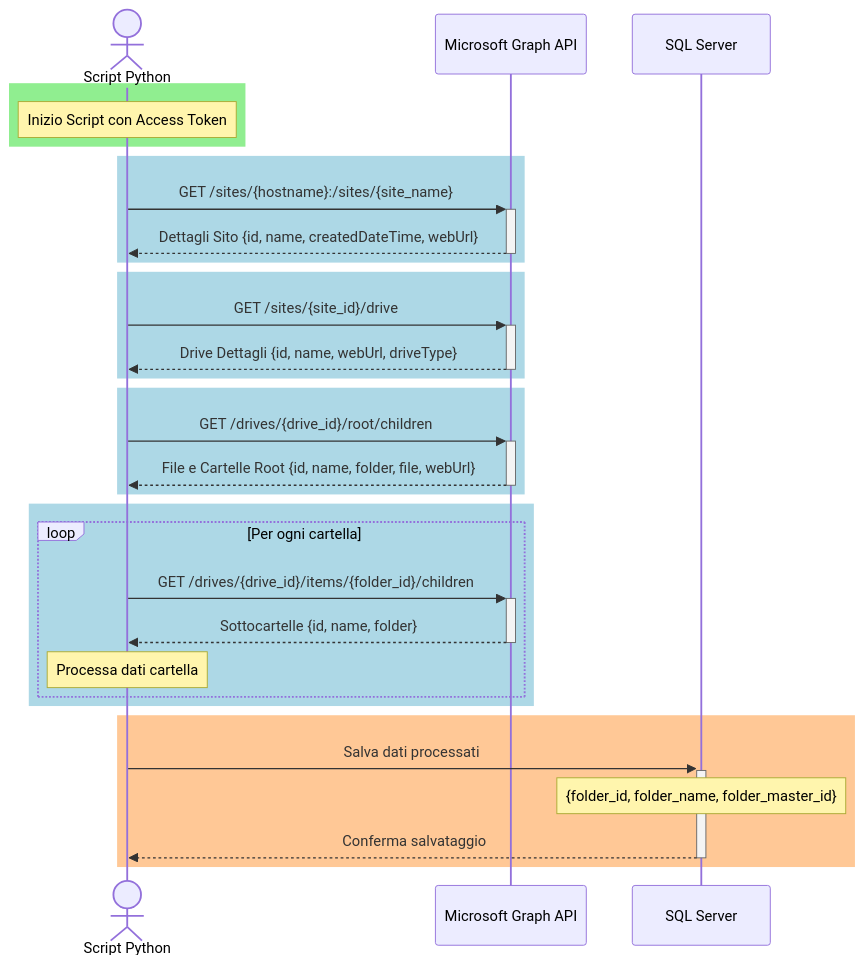
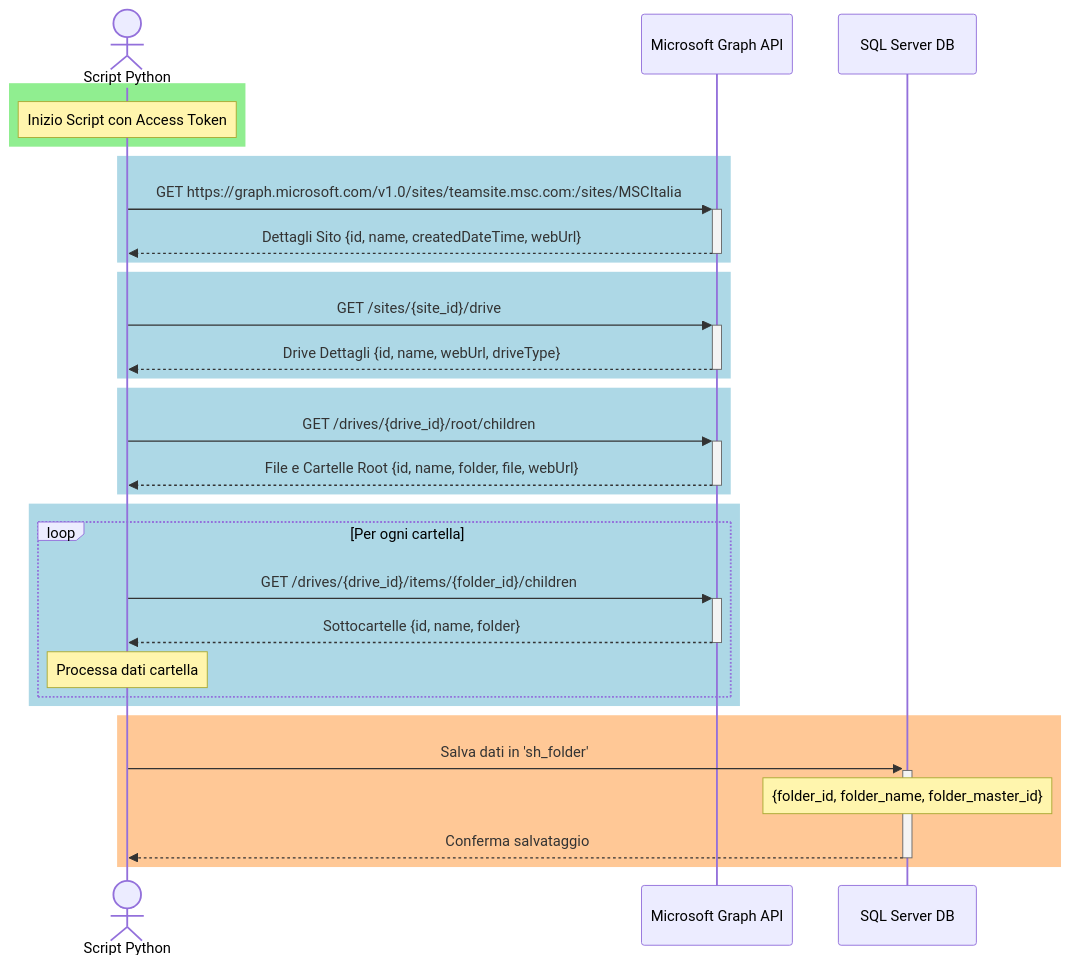
The diagram in SharePoint_Folder/shapepointAPI_call_sequence.md (grellag/Project_Python), drawn with Mermaid before and after one commit. The commit also changed other lines of this file and 1 other file, not shown here.

Commit message:
Ultimi progetti

````diff
--- a/SharePoint_Folder/shapepointAPI_call_sequence.md
+++ b/SharePoint_Folder/shapepointAPI_call_sequence.md
@@ -11,41 +11,41 @@
 ```mermaid
 
 %%{init: {'theme': 'default'}}%%
 sequenceDiagram
     actor Script as Script Python
     participant Graph as Microsoft Graph API
-    participant DB as SQL Server
+    participant DB as SQL Server DB
 
     rect rgb(144, 238, 144)
     Note over Script: Inizio Script con Access Token
     end
 
     rect rgb(173, 216, 230)
-    Script->>+Graph: GET /sites/{hostname}:/sites/{site_name}
+    Script->>+Graph: GET https://graph.microsoft.com/v1.0/sites/teamsite.msc.com:/sites/MSCItalia
     Graph-->>-Script: Dettagli Sito {id, name, createdDateTime, webUrl}
     end
 
     rect rgb(173, 216, 230)
     Script->>+Graph: GET /sites/{site_id}/drive
     Graph-->>-Script: Drive Dettagli {id, name, webUrl, driveType}
     end
 
     rect rgb(173, 216, 230)
     Script->>+Graph: GET /drives/{drive_id}/root/children
     Graph-->>-Script: File e Cartelle Root {id, name, folder, file, webUrl}
     end
 
     rect rgb(173, 216, 230)
     loop Per ogni cartella
         Script->>+Graph: GET /drives/{drive_id}/items/{folder_id}/children
         Graph-->>-Script: Sottocartelle {id, name, folder}
         Note over Script: Processa dati cartella
     end
     end
 
     rect rgb(255, 200, 150)
-    Script->>+DB: Salva dati processati
+    Script->>+DB: Salva dati in 'sh_folder' 
     Note over DB: {folder_id, folder_name, folder_master_id}
     DB-->>-Script: Conferma salvataggio
     end
 ```
````
